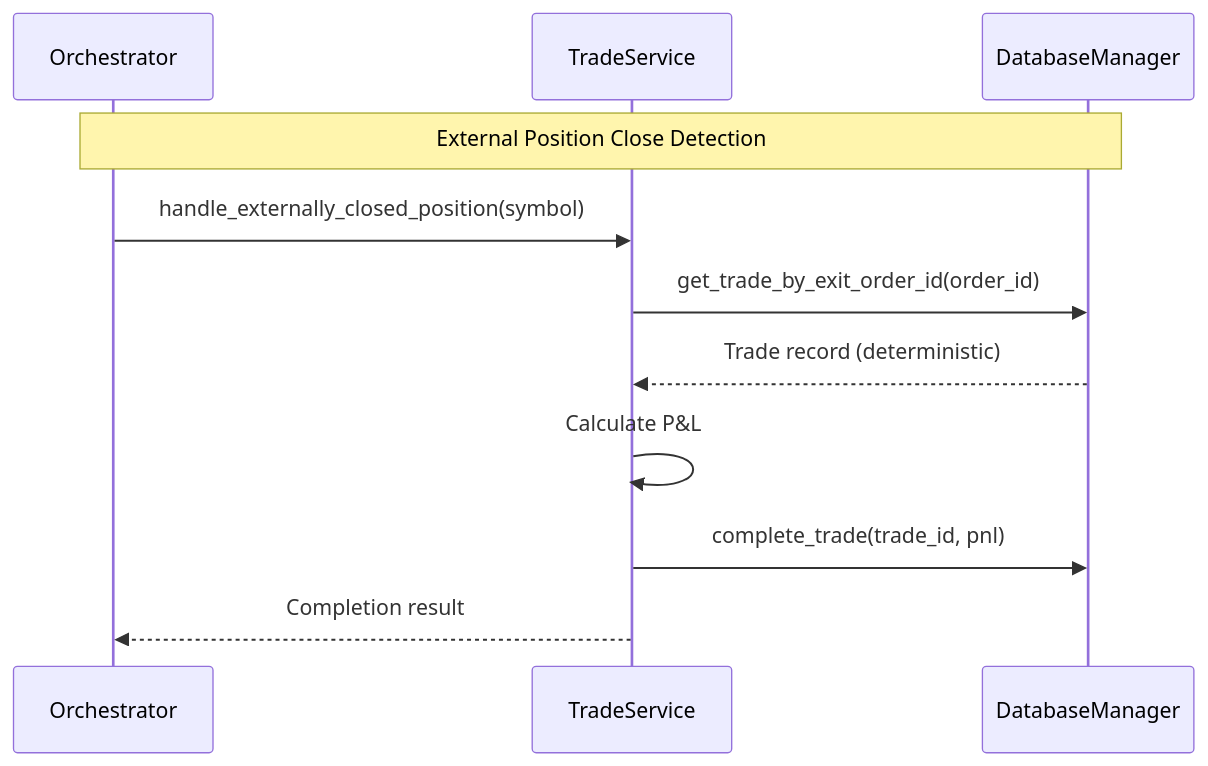
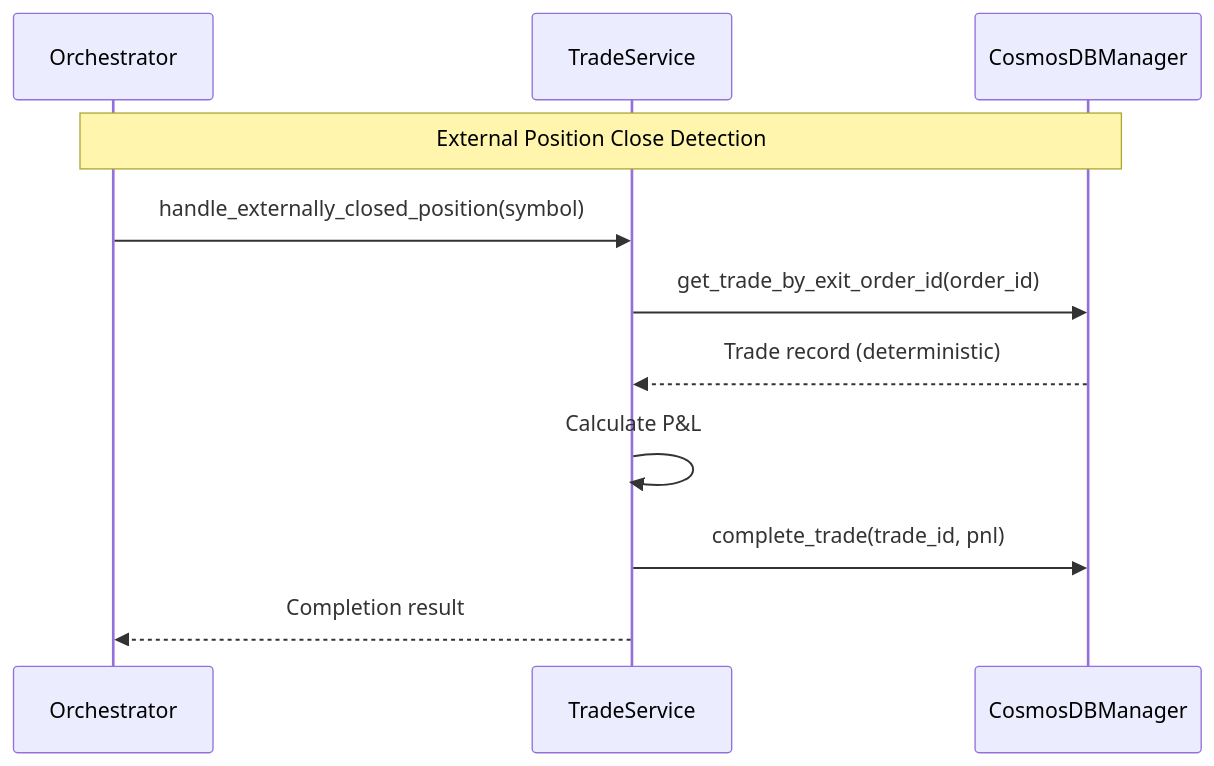
The fifth of 26 diagrams in docs/ARCHITECTURAL_ENHANCEMENTS_SUMMARY.md (nirnaykhatri/alpha-trader), drawn with Mermaid before and after one commit. The commit also changed other lines of this file and 164 other files, not shown here.

````diff
--- a/docs/ARCHITECTURAL_ENHANCEMENTS_SUMMARY.md
+++ b/docs/ARCHITECTURAL_ENHANCEMENTS_SUMMARY.md
@@ -186,15 +186,15 @@
 ```mermaid
 sequenceDiagram
     participant Orch as Orchestrator
     participant TS as TradeService
-    participant DB as DatabaseManager
+    participant DB as CosmosDBManager
     
     Note over Orch,DB: External Position Close Detection
     
     Orch->>TS: handle_externally_closed_position(symbol)
     TS->>DB: get_trade_by_exit_order_id(order_id)
     DB-->>TS: Trade record (deterministic)
     TS->>TS: Calculate P&L
     TS->>DB: complete_trade(trade_id, pnl)
     TS-->>Orch: Completion result
 ```
````
